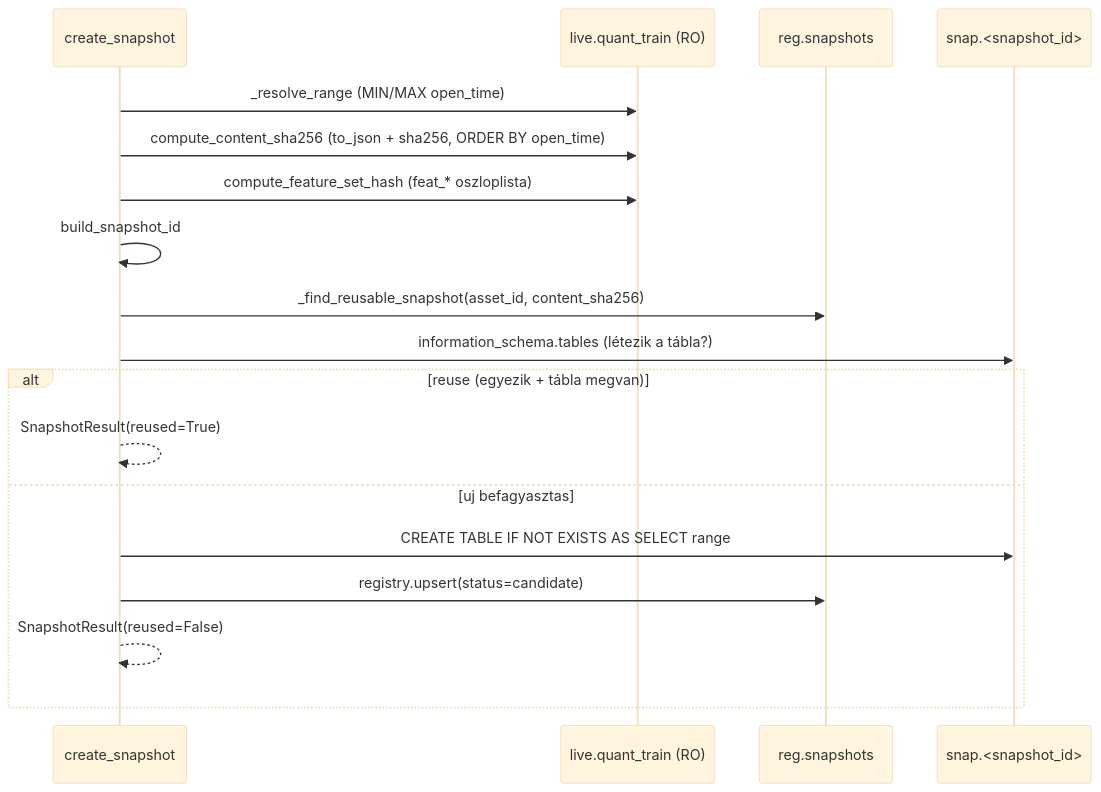
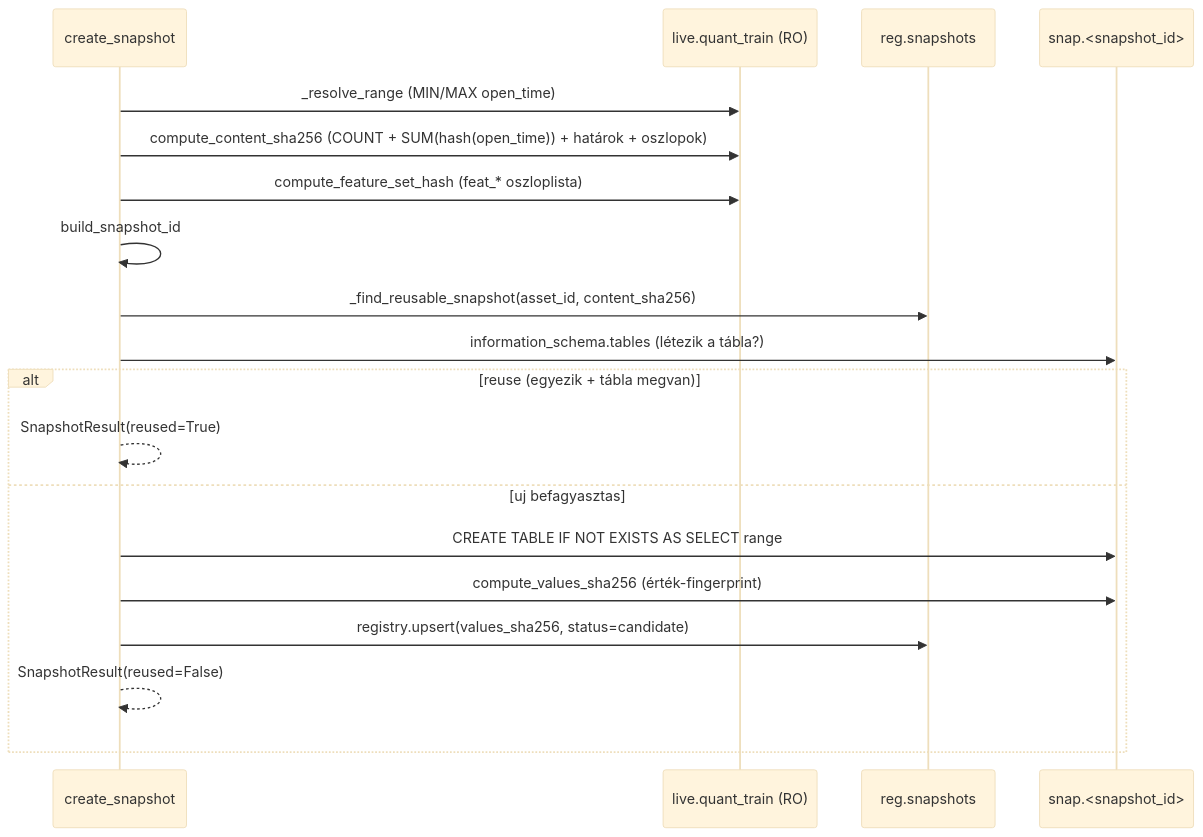
Before and after one commit to Nemesis14/chronoquant: the second of 3 diagrams in _doc_/database_and_code_doc/1410_snapshots_code.md, drawn with Mermaid (base theme). The commit also changed other lines of this file and 2329 other files, not shown here.

````diff
--- a/_doc_/database_and_code_doc/1410_snapshots_code.md
+++ b/_doc_/database_and_code_doc/1410_snapshots_code.md
@@ -185,21 +236,22 @@
 ```mermaid
 sequenceDiagram
   participant C as create_snapshot
   participant L as live.quant_train (RO)
   participant R as reg.snapshots
   participant S as snap.<snapshot_id>
 
   C->>L: _resolve_range (MIN/MAX open_time)
-  C->>L: compute_content_sha256 (to_json + sha256, ORDER BY open_time)
+  C->>L: compute_content_sha256 (COUNT + SUM(hash(open_time)) + határok + oszlopok)
   C->>L: compute_feature_set_hash (feat_* oszloplista)
   C->>C: build_snapshot_id
   C->>R: _find_reusable_snapshot(asset_id, content_sha256)
   C->>S: information_schema.tables (létezik a tábla?)
   alt reuse (egyezik + tábla megvan)
     C-->>C: SnapshotResult(reused=True)
   else uj befagyasztas
     C->>S: CREATE TABLE IF NOT EXISTS AS SELECT range
-    C->>R: registry.upsert(status=candidate)
+    C->>S: compute_values_sha256 (érték-fingerprint)
+    C->>R: registry.upsert(values_sha256, status=candidate)
     C-->>C: SnapshotResult(reused=False)
   end
 ```
````
